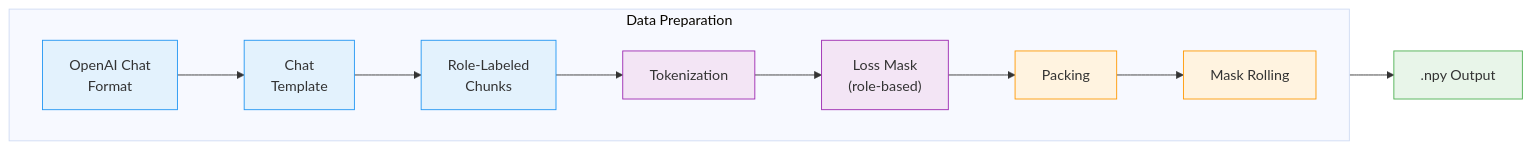
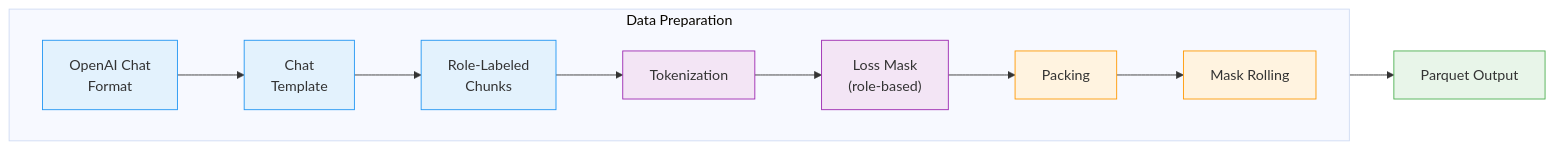
Before and after one commit to akao47/Nemotron: the first of 2 diagrams in docs/nemotron/nano3/sft.md, drawn with Mermaid. The commit also changed other lines of this file and 21 other files, not shown here.

````diff
--- a/docs/nemotron/nano3/sft.md
+++ b/docs/nemotron/nano3/sft.md
@@ -19,23 +19,23 @@
 ```mermaid
 %%{init: {'theme': 'base', 'themeVariables': { 'primaryBorderColor': '#333333', 'lineColor': '#333333', 'primaryTextColor': '#333333'}}}%%
 flowchart LR
     subgraph prep["Data Preparation"]
         direction LR
         chat["OpenAI Chat<br/>Format"] --> template["Chat<br/>Template"]
         template --> chunks["Role-Labeled<br/>Chunks"]
         chunks --> tok["Tokenization"]
         tok --> mask["Loss Mask<br/>(role-based)"]
         mask --> pack["Packing"]
         pack --> roll["Mask Rolling"]
     end
-    roll --> npy[".npy Output"]
+    roll --> npy["Parquet Output"]
 
     style chat fill:#e3f2fd,stroke:#2196f3
     style template fill:#e3f2fd,stroke:#2196f3
     style chunks fill:#e3f2fd,stroke:#2196f3
     style tok fill:#f3e5f5,stroke:#9c27b0
     style mask fill:#f3e5f5,stroke:#9c27b0
     style pack fill:#fff3e0,stroke:#ff9800
     style roll fill:#fff3e0,stroke:#ff9800
     style npy fill:#e8f5e9,stroke:#4caf50
 ```
````
